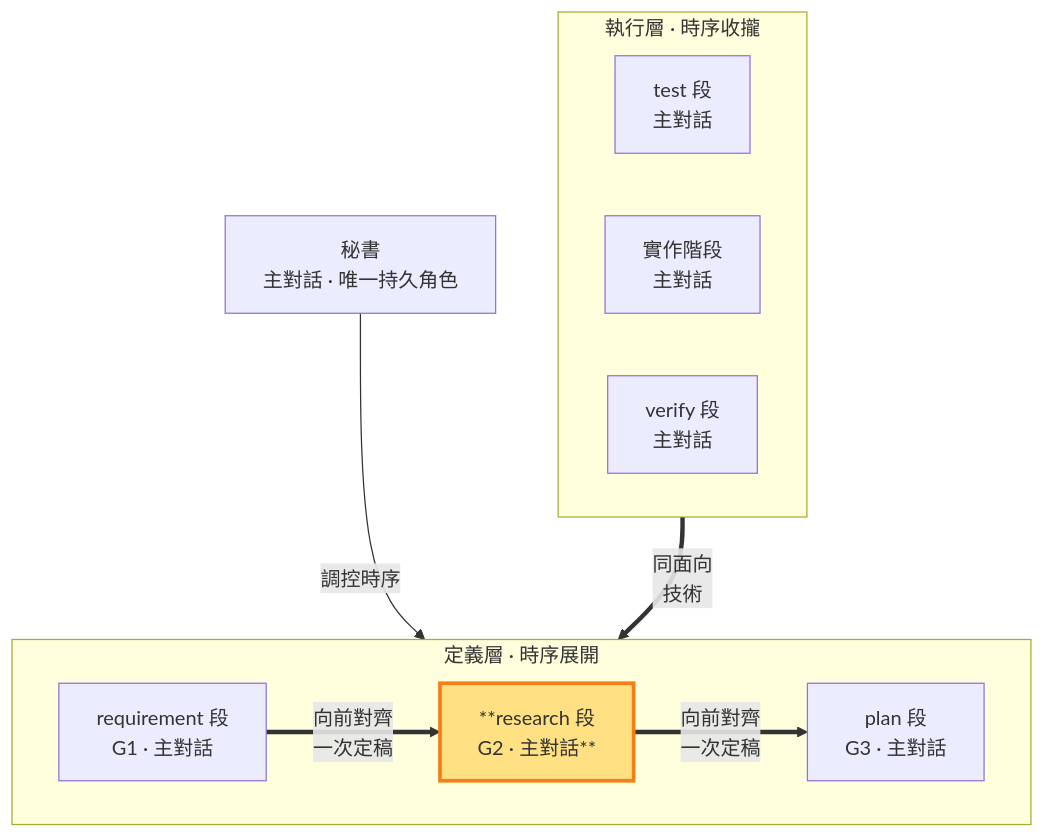
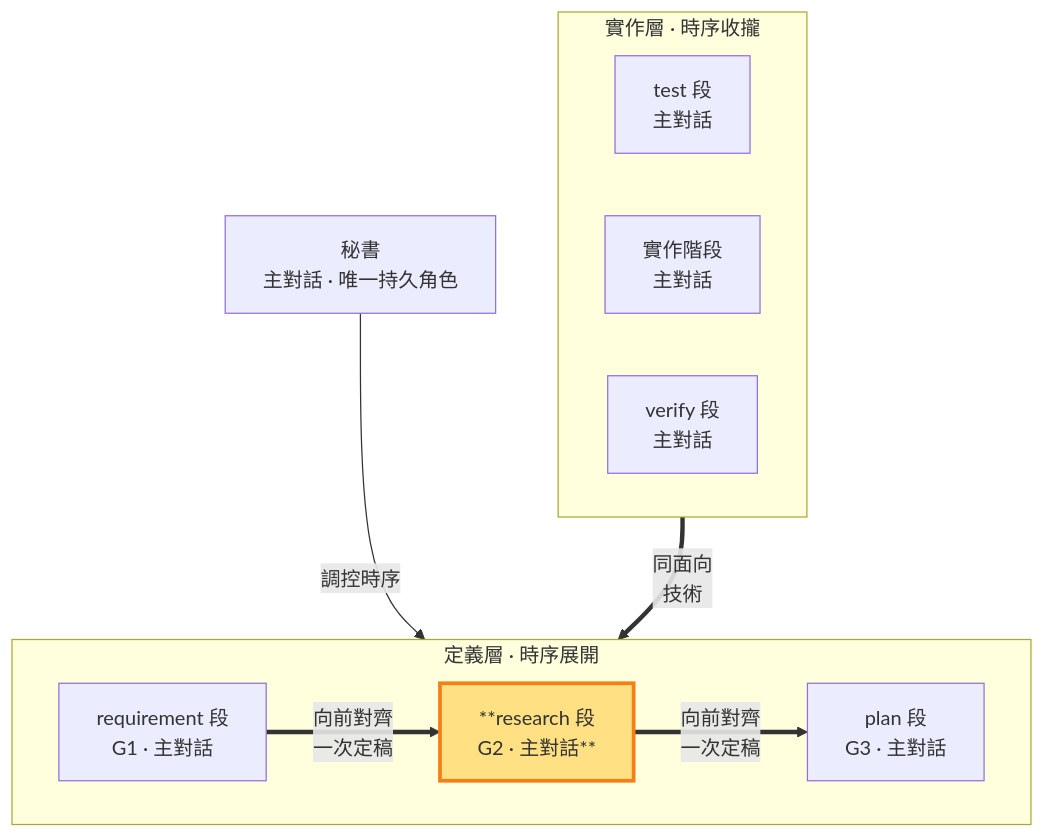
Before and after one commit to teps3105/shiftblame: the diagram in skills/shiftblame/references/RESEARCH.md, drawn with Mermaid. The commit also changed other lines of this file and 33 other files, not shown here.

````diff
--- a/skills/shiftblame/references/RESEARCH.md
+++ b/skills/shiftblame/references/RESEARCH.md
@@ -15,21 +15,21 @@
 ```mermaid
 flowchart TB
     SEC[秘書<br/>主對話 · 唯一持久角色]
     subgraph Consult["定義層 · 時序展開"]
         direction LR
         AUD["requirement 段<br/>G1 · 主對話"]
         RES["**research 段<br/>G2 · 主對話**"]:::thisrole
         PLA["plan 段<br/>G3 · 主對話"]
     end
-    subgraph Build["執行層 · 時序收攏"]
+    subgraph Build["實作層 · 時序收攏"]
         direction LR
         TST["test 段<br/>主對話"]
         DEV["實作階段<br/>主對話"]
         ACC["verify 段<br/>主對話"]
     end
     SEC -- 調控時序 --> RES
     DEV == "同面向<br/>技術" ==> RES
     AUD == "向前對齊<br/>一次定稿" ==> RES
     RES == "向前對齊<br/>一次定稿" ==> PLA
     classDef thisrole fill:#ffe082,stroke:#f57f17,stroke-width:3px;
 ```
````
